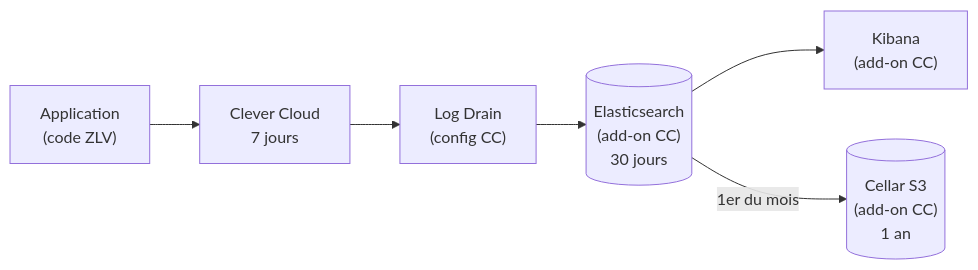
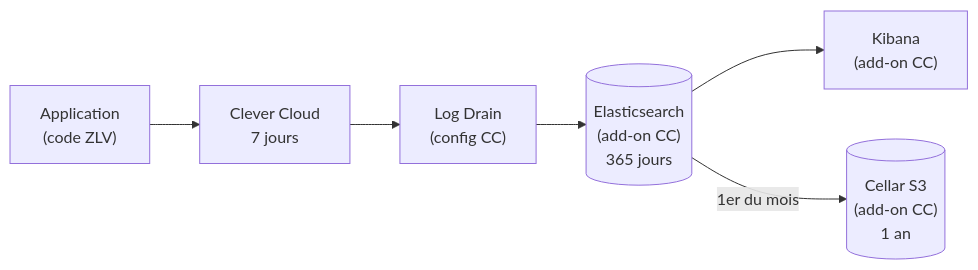
One commit to MTES-MCT/zero-logement-vacant changed the third of 3 diagrams in docs/technical/DE-Dossier-Exploitation.md. Above: the diagram before and after it, drawn with Mermaid. The commit also changed other lines of this file and 1 other file, not shown here.

````diff
--- a/docs/technical/DE-Dossier-Exploitation.md
+++ b/docs/technical/DE-Dossier-Exploitation.md
@@ -699,8 +872,8 @@
 ```mermaid
 flowchart LR
     App["Application<br/>(code ZLV)"] --> CC["Clever Cloud<br/>7 jours"]
     CC --> Drain["Log Drain<br/>(config CC)"]
-    Drain --> ES[("Elasticsearch<br/>(add-on CC)<br/>30 jours")]
+    Drain --> ES[("Elasticsearch<br/>(add-on CC)<br/>365 jours")]
     ES --> Kibana["Kibana<br/>(add-on CC)"]
     ES -->|1er du mois| S3[("Cellar S3<br/>(add-on CC)<br/>1 an")]
 ```
````
